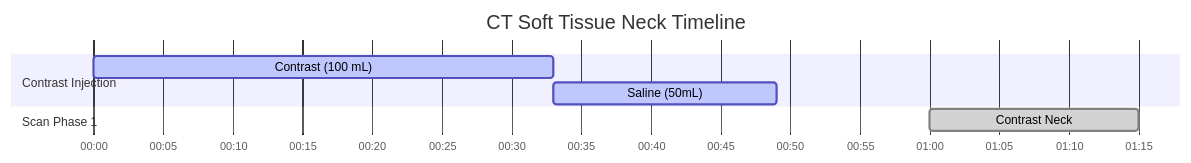
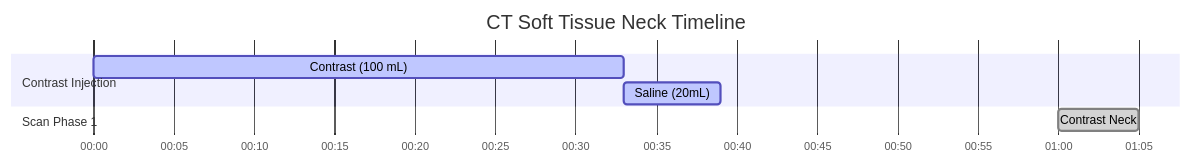
Before and after one commit to dfergs93/radiology-protocols: the diagram in docs/ct/neuro/ct-soft-tissue-neck.md, drawn with Mermaid. The commit also changed other lines of this file and 113 other files, not shown here.

````diff
--- a/docs/ct/neuro/ct-soft-tissue-neck.md
+++ b/docs/ct/neuro/ct-soft-tissue-neck.md
@@ -81,16 +82,16 @@
   ```mermaid
   ---
   config:
     theme: default
   ---
     gantt
       title CT Soft Tissue Neck Timeline
       dateFormat mm:ss
       axisFormat %M:%S 
       
       section Contrast Injection
       Contrast (100 mL)    :active, contrast, 00:00, 33s
-      Saline (50mL)          :active, saline, after contrast, 16s
+      Saline (20mL)          :active, saline, after contrast, 6s
       section Scan Phase 1
-      Contrast Neck    :done, scan1, 01:00, 15s
+      Contrast Neck    :done, scan1, 01:00, 5s
   ```
````
